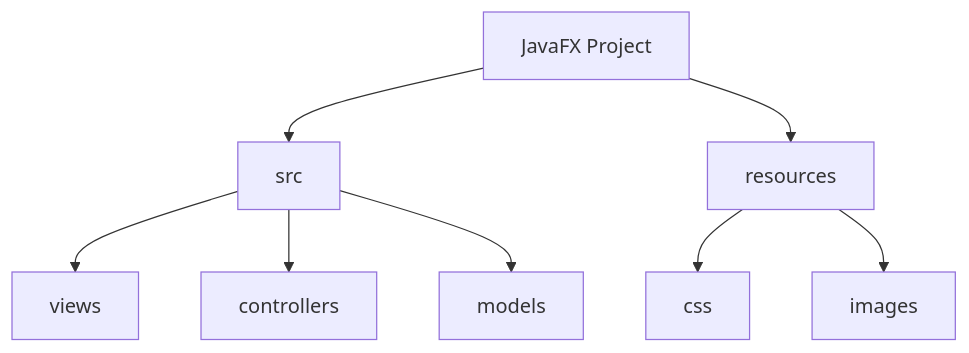
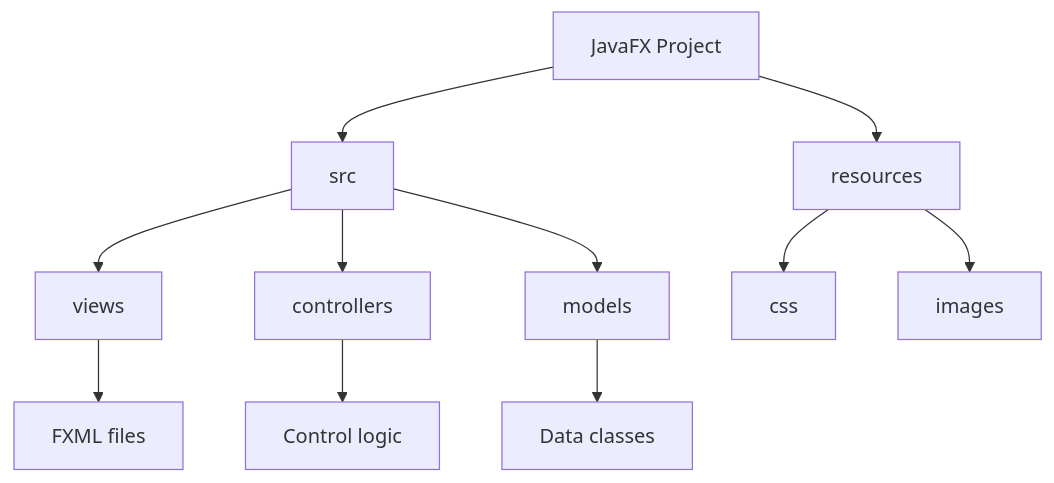
One commit to DanielCreggOrganization/w11-lab-javafx-zainabajiboye changed the first of 4 diagrams in README.md. Above: the diagram before and after it, drawn with Mermaid. The commit also changed other lines of this file, not shown here.

````diff
--- a/README.md
+++ b/README.md
@@ -18,10 +20,13 @@
 ```mermaid
 graph TD
     A[JavaFX Project] --> B[src]
     A --> C[resources]
     B --> D[views]
     B --> E[controllers]
     B --> F[models]
     C --> G[css]
     C --> H[images]
+    D --> I[FXML files]
+    E --> J[Control logic]
+    F --> K[Data classes]
 ```
````
